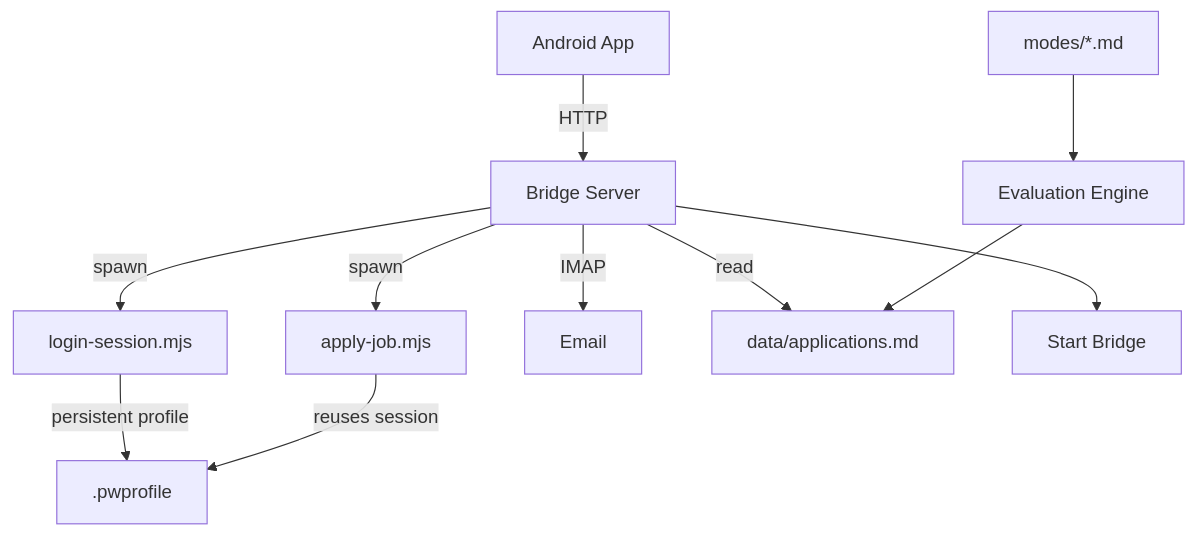
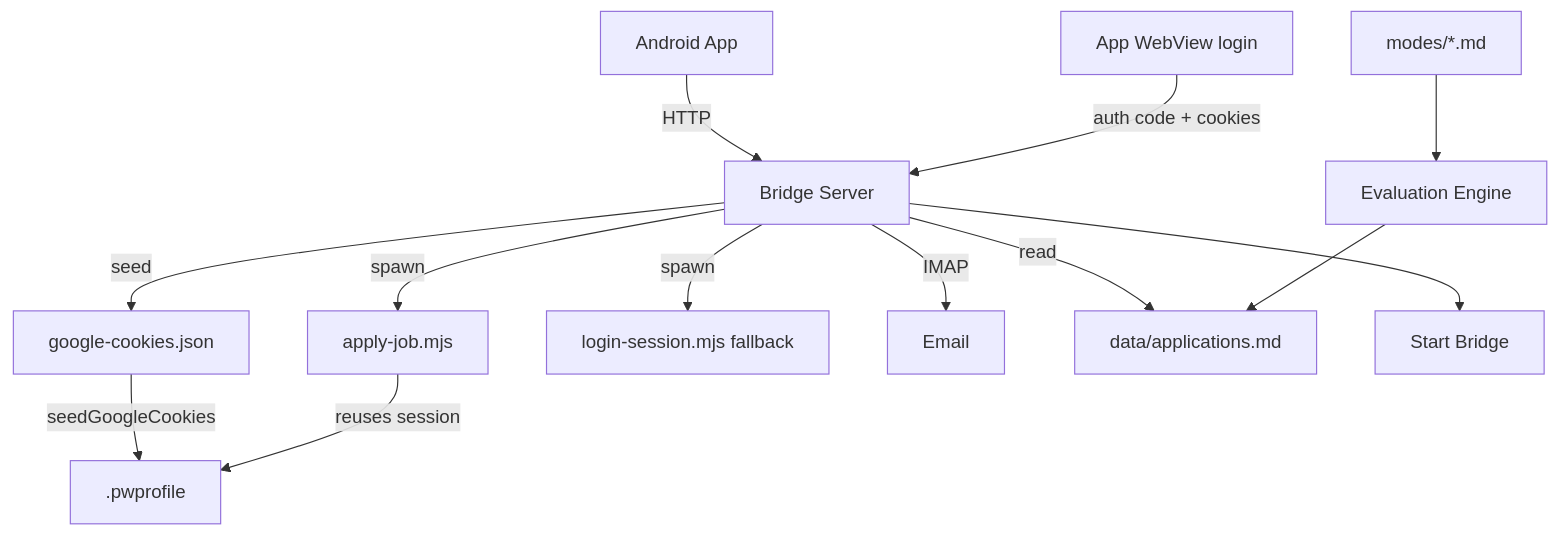
The diagram in docs/kb/CareerOps Hub.md (Jayesh-ux/career-ops), drawn with Mermaid before and after one commit. The commit also changed 8 other files, not shown here.

Commit message:
docs(kb): reconcile vault with one-login-for-both — WebView capture + cookie seed is primary, autoDrive is fallback, routing is fail-closed; wire KB grounding into AGENTS.md

````diff
--- a/docs/kb/CareerOps Hub.md
+++ b/docs/kb/CareerOps Hub.md
@@ -26,13 +26,15 @@
 ```mermaid
 graph TD
   App[Android App] -->|HTTP| Bridge[Bridge Server]
-  Bridge -->|spawn| LS[login-session.mjs]
+  Wv[App WebView login] -->|auth code + cookies| Bridge
+  Bridge -->|seed| GC[google-cookies.json]
   Bridge -->|spawn| AJ[apply-job.mjs]
-  LS -->|persistent profile| PW[.pwprofile]
+  Bridge -->|spawn| LS[login-session.mjs fallback]
+  GC -->|seedGoogleCookies| PW[.pwprofile]
   AJ -->|reuses session| PW
   Bridge -->|IMAP| IMAP[Email]
   Bridge -->|read| Tracker[data/applications.md]
   Modes[modes/*.md] --> Eval[Evaluation Engine]
   Eval --> Tracker
   Bridge --> Start[Start Bridge]
 ```
````
